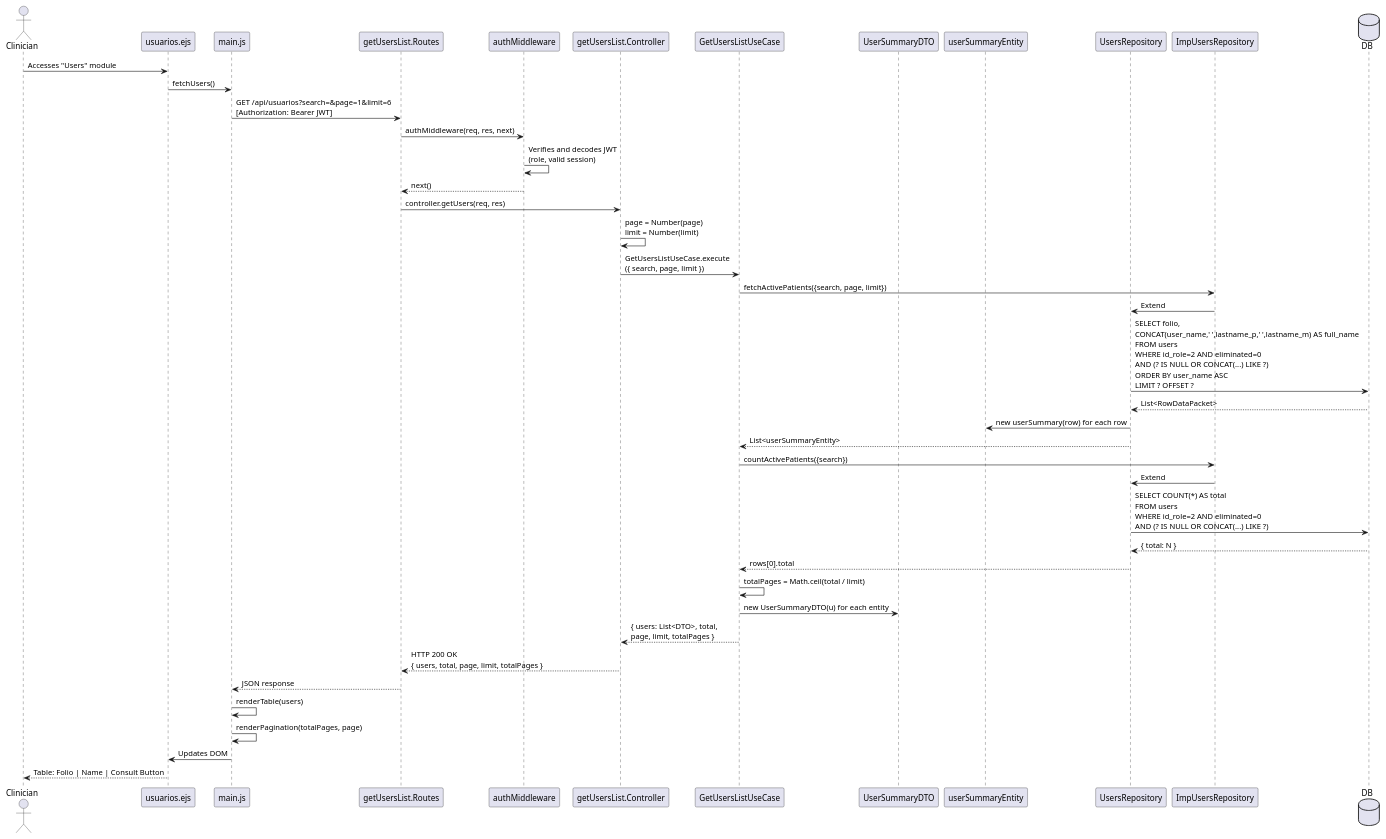
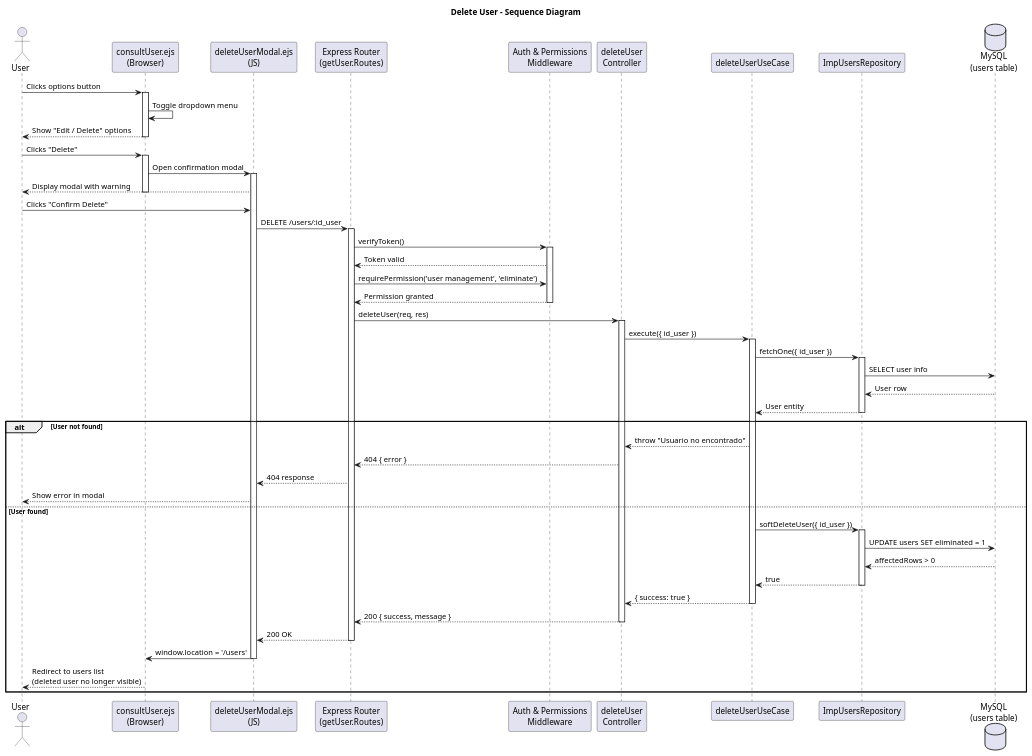
One commit to GoldenStrand-UNAM/neupsipro-Web changed the diagram in uml/GU07.puml. Above: the diagram before and after it, drawn with PlantUML. The commit also changed 1 other file, not shown here.

Commit message:
refactor(deleteUser): added the diagramas and modified the sequence diagram

```diff
--- a/uml/GU07.puml
+++ b/uml/GU07.puml
@@ -1,49 +1,74 @@
-@startuml Consultar_Usuarios
+@startuml DeleteUserSequenceDiagram
+title Delete User - Sequence Diagram
 
-actor "Clinician" as GC
-participant "usuarios.ejs" as V
-participant "main.js" as MAIN
-participant "getUsersList.Routes" as ROUTE
-participant "authMiddleware" as AUTH
-participant "getUsersList.Controller" as CTRL
-participant "GetUsersListUseCase" as UC
-participant "UserSummaryDTO" as DTO
-participant "userSummaryEntity" as ENT
-participant "UsersRepository" as REPO
-participant "ImpUsersRepository" as IREPO
-database "DB" as DB
+actor User as U
+participant "consultUser.ejs\n(Browser)" as View
+participant "deleteUserModal.ejs\n(JS)" as Modal
+participant "Express Router\n(getUser.Routes)" as Router
+participant "Auth & Permissions\nMiddleware" as Auth
+participant "deleteUser\nController" as Controller
+participant "deleteUserUseCase" as UseCase
+participant "ImpUsersRepository" as Repo
+database "MySQL\n(users table)" as DB
 
-GC -> V : Accesses "Users" module
-V -> MAIN : fetchUsers()
-MAIN -> ROUTE : GET /api/usuarios?search=&page=1&limit=6\n[Authorization: Bearer JWT]
-ROUTE -> AUTH : authMiddleware(req, res, next)
-AUTH -> AUTH : Verifies and decodes JWT\n(role, valid session)
-AUTH --> ROUTE : next()
-ROUTE -> CTRL : controller.getUsers(req, res)
-CTRL -> CTRL : page = Number(page)\nlimit = Number(limit)
-CTRL -> UC : GetUsersListUseCase.execute\n({ search, page, limit })
+U -> View: Clicks options button
+activate View
+View -> View: Toggle dropdown menu
+View --> U: Show "Edit / Delete" options
+deactivate View
 
-UC -> IREPO : fetchActivePatients({search, page, limit})
-IREPO -> REPO :Extend
-REPO -> DB : SELECT folio,\nCONCAT(user_name,' ',lastname_p,' ',lastname_m) AS full_name\nFROM users\nWHERE id_role=2 AND eliminated=0\nAND (? IS NULL OR CONCAT(...) LIKE ?)\nORDER BY user_name ASC\nLIMIT ? OFFSET ?
-DB --> REPO : List<RowDataPacket>
-REPO -> ENT : new userSummary(row) for each row
-REPO --> UC : List<userSummaryEntity>
+U -> View: Clicks "Delete"
+activate View
+View -> Modal: Open confirmation modal
+activate Modal
+Modal --> U: Display modal with warning
+deactivate View
 
-UC -> IREPO : countActivePatients({search})
-IREPO -> REPO : Extend
-REPO -> DB : SELECT COUNT(*) AS total\nFROM users\nWHERE id_role=2 AND eliminated=0\nAND (? IS NULL OR CONCAT(...) LIKE ?)
-DB --> REPO : { total: N }
-REPO --> UC : rows[0].total
+U -> Modal: Clicks "Confirm Delete"
+Modal -> Router: DELETE /users/:id_user
+activate Router
 
-UC -> UC : totalPages = Math.ceil(total / limit)
-UC -> DTO : new UserSummaryDTO(u) for each entity
-UC --> CTRL : { users: List<DTO>, total,\npage, limit, totalPages }
-CTRL --> ROUTE : HTTP 200 OK\n{ users, total, page, limit, totalPages }
-ROUTE --> MAIN : JSON response
-MAIN -> MAIN : renderTable(users)
-MAIN -> MAIN : renderPagination(totalPages, page)
-MAIN -> V : Updates DOM
-V --> GC : Table: Folio | Name | Consult Button
+Router -> Auth: verifyToken()
+activate Auth
+Auth --> Router: Token valid
+Router -> Auth: requirePermission('user management', 'eliminate')
+Auth --> Router: Permission granted
+deactivate Auth
+
+Router -> Controller: deleteUser(req, res)
+activate Controller
+Controller -> UseCase: execute({ id_user })
+activate UseCase
+
+UseCase -> Repo: fetchOne({ id_user })
+activate Repo
+Repo -> DB: SELECT user info
+DB --> Repo: User row
+Repo --> UseCase: User entity
+deactivate Repo
+
+alt User not found
+    UseCase --> Controller: throw "Usuario no encontrado"
+    Controller --> Router: 404 { error }
+    Router --> Modal: 404 response
+    Modal --> U: Show error in modal
+else User found
+    UseCase -> Repo: softDeleteUser({ id_user })
+    activate Repo
+    Repo -> DB: UPDATE users SET eliminated = 1
+    DB --> Repo: affectedRows > 0
+    Repo --> UseCase: true
+    deactivate Repo
+
+    UseCase --> Controller: { success: true }
+    deactivate UseCase
+    Controller --> Router: 200 { success, message }
+    deactivate Controller
+    Router --> Modal: 200 OK
+    deactivate Router
+    Modal -> View: window.location = '/users'
+    deactivate Modal
+    View --> U: Redirect to users list\n(deleted user no longer visible)
+end
 
 @enduml
```
